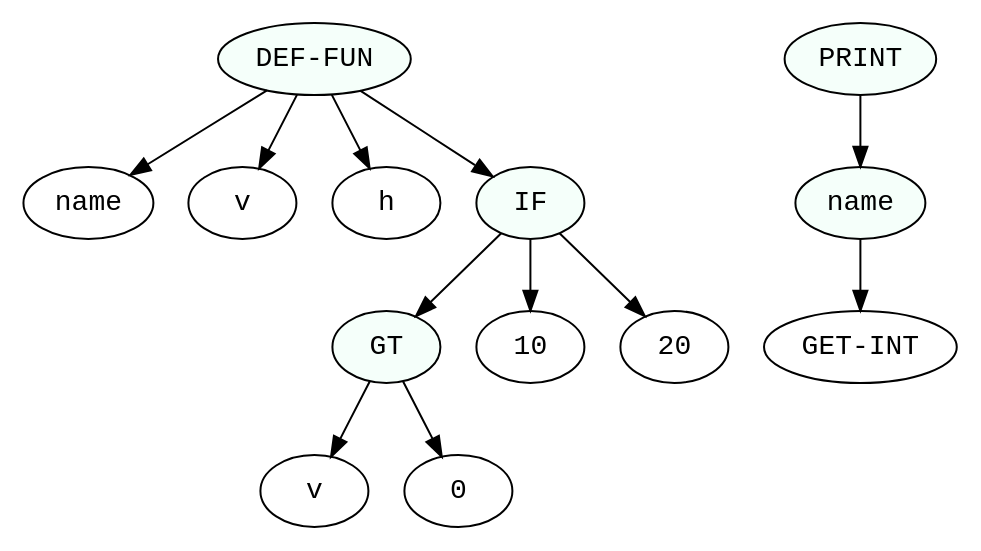
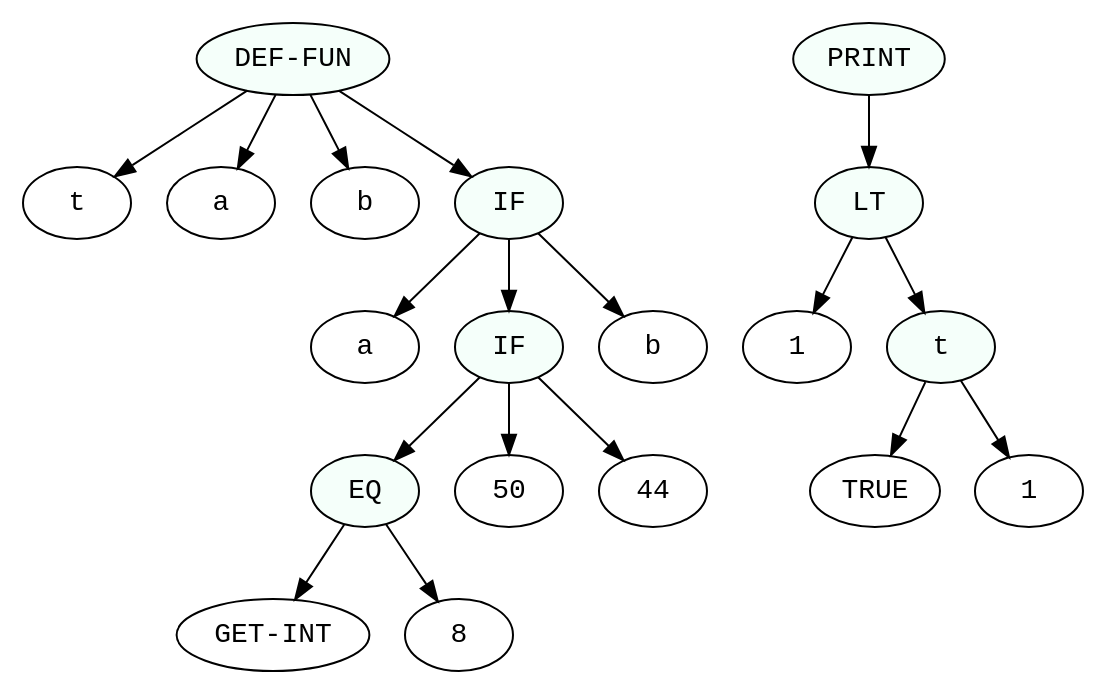
Before and after one commit to GunendraBikram/cc_project_01: the diagram in ast.dot, drawn with Graphviz. The commit also changed 5 other files, not shown here.

```diff
--- a/ast.dot
+++ b/ast.dot
@@ -1,26 +1,38 @@
 digraph print {
- 1 [label="name", fontname="monospace"];
- 2 [label="v", fontname="monospace"];
- 3 [label="h", fontname="monospace"];
- 4 [label="v", fontname="monospace"];
- 5 [label="0", fontname="monospace"];
- 6 [label="GT", fontname="monospace", style=filled, fillcolor=mintcream];
- 6->4
- 6->5
- 7 [label="10", fontname="monospace"];
- 8 [label="20", fontname="monospace"];
- 9 [label="IF", fontname="monospace", style=filled, fillcolor=mintcream];
- 9->6
- 9->7
- 9->8
- 10 [label="GET-INT", fontname="monospace"];
- 11 [label="name", fontname="monospace", style=filled, fillcolor=mintcream];
- 11->10
- 12 [label="PRINT", fontname="monospace", style=filled, fillcolor=mintcream];
+ 1 [label="t", fontname="monospace"];
+ 2 [label="a", fontname="monospace"];
+ 3 [label="b", fontname="monospace"];
+ 4 [label="a", fontname="monospace"];
+ 5 [label="GET-INT", fontname="monospace"];
+ 6 [label="8", fontname="monospace"];
+ 7 [label="EQ", fontname="monospace", style=filled, fillcolor=mintcream];
+ 7->5
+ 7->6
+ 8 [label="50", fontname="monospace"];
+ 9 [label="44", fontname="monospace"];
+ 10 [label="IF", fontname="monospace", style=filled, fillcolor=mintcream];
+ 10->7
+ 10->8
+ 10->9
+ 11 [label="b", fontname="monospace"];
+ 12 [label="IF", fontname="monospace", style=filled, fillcolor=mintcream];
+ 12->4
+ 12->10
  12->11
- 13 [label="DEF-FUN", fontname="monospace", style=filled, fillcolor=mintcream];
- 13->1
- 13->2
- 13->3
- 13->9
+ 13 [label="1", fontname="monospace"];
+ 14 [label="TRUE", fontname="monospace"];
+ 15 [label="1", fontname="monospace"];
+ 16 [label="t", fontname="monospace", style=filled, fillcolor=mintcream];
+ 16->14
+ 16->15
+ 17 [label="LT", fontname="monospace", style=filled, fillcolor=mintcream];
+ 17->13
+ 17->16
+ 18 [label="PRINT", fontname="monospace", style=filled, fillcolor=mintcream];
+ 18->17
+ 19 [label="DEF-FUN", fontname="monospace", style=filled, fillcolor=mintcream];
+ 19->1
+ 19->2
+ 19->3
+ 19->12
  }
```
